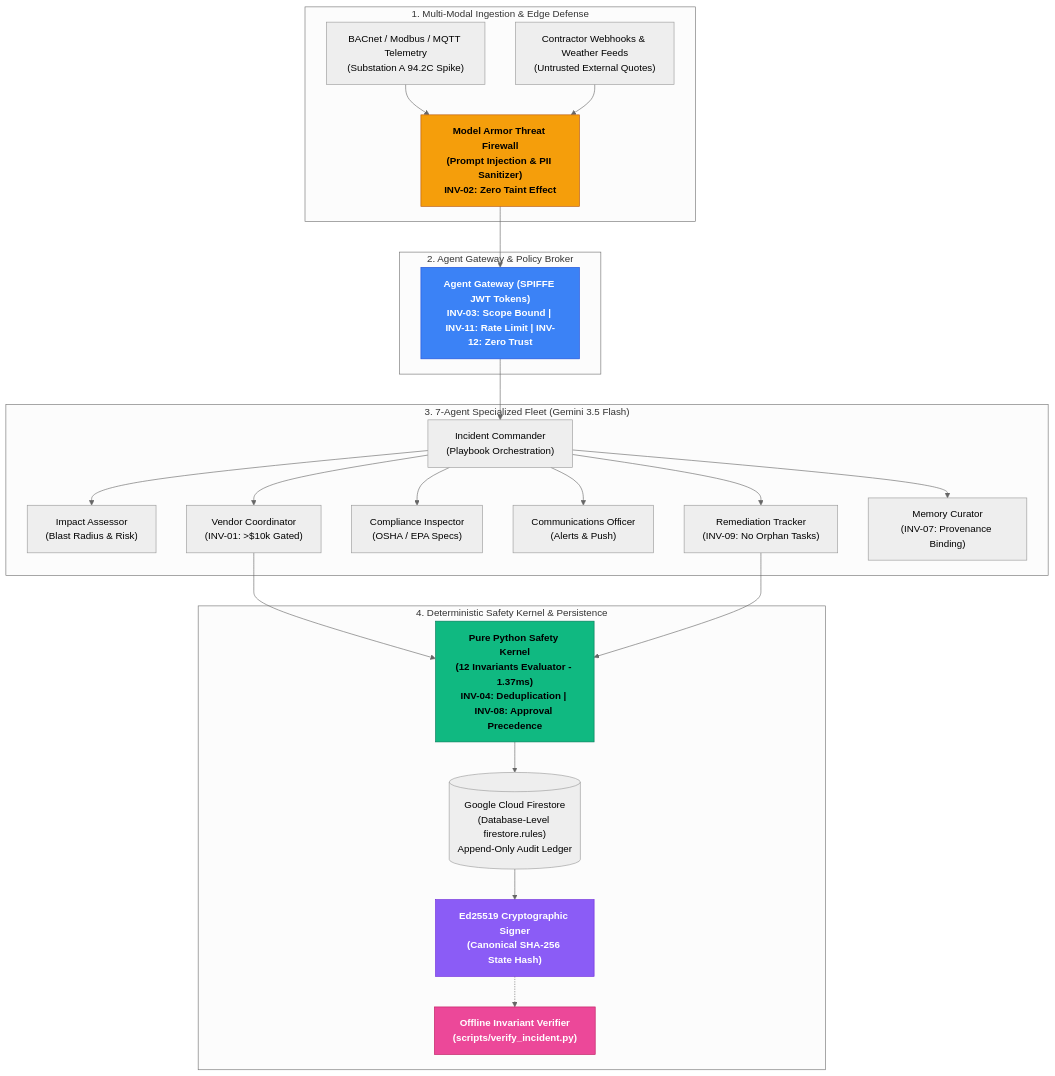
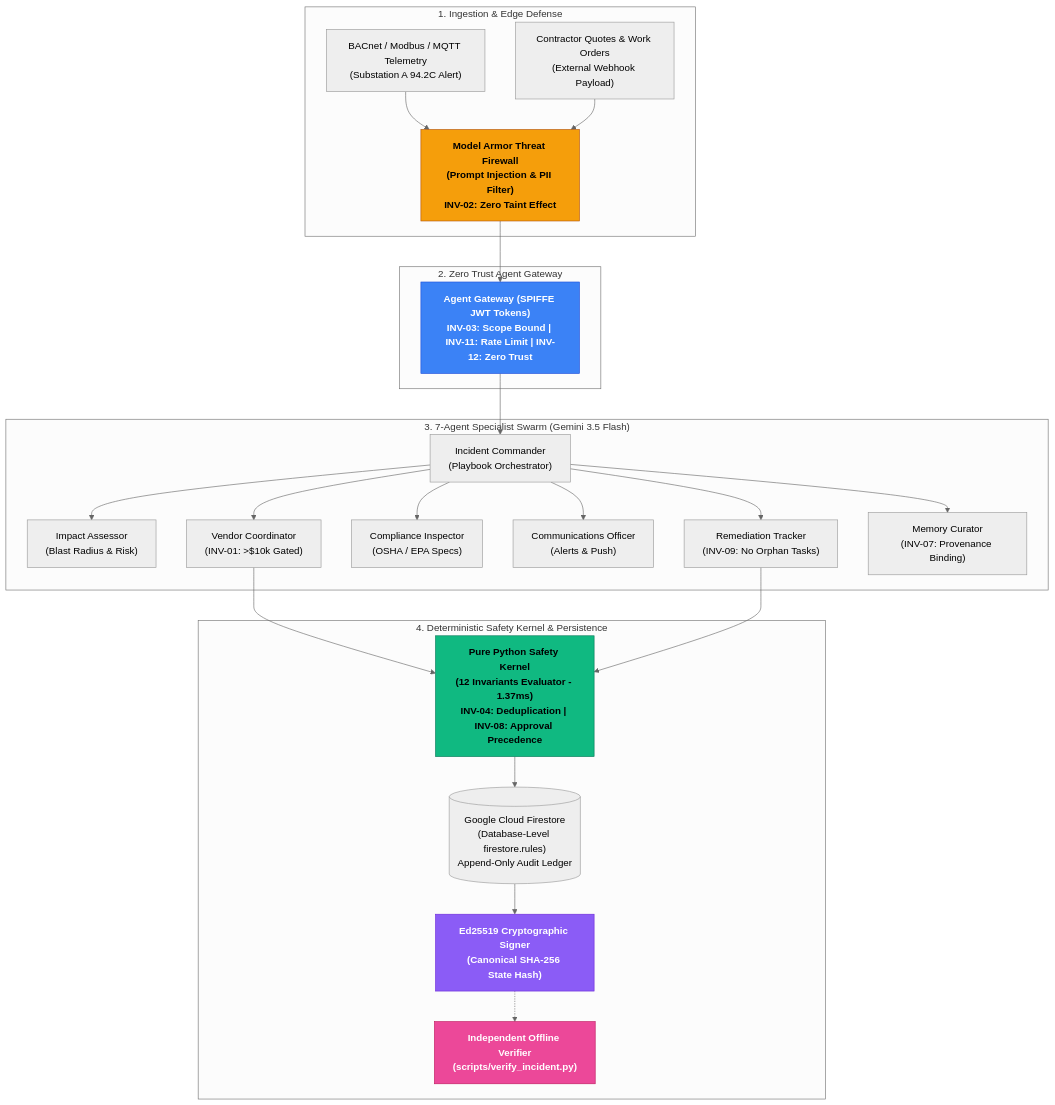
One commit to 0xkinno/archon changed the first of 2 diagrams in README.md. Above: the diagram before and after it, drawn with Mermaid (neutral theme). The commit also changed other lines of this file, not shown here.

Commit message:
docs: differentiate README architecture with original headings, problem & solution sections, and live Vercel endpoint

````diff
--- a/README.md
+++ b/README.md
@@ -96,52 +133,52 @@
 ```mermaid
 flowchart TB
-  subgraph Ingestion["1. Multi-Modal Ingestion & Edge Defense"]
-    IOT["BACnet / Modbus / MQTT Telemetry\n(Substation A 94.2C Spike)"]
-    EXT["Contractor Webhooks & Weather Feeds\n(Untrusted External Quotes)"]
-    ARMOR["Model Armor Threat Firewall\n(Prompt Injection & PII Sanitizer)\nINV-02: Zero Taint Effect"]
+  subgraph Ingestion["1. Ingestion & Edge Defense"]
+    IOT["BACnet / Modbus / MQTT Telemetry\n(Substation A 94.2C Alert)"]
+    EXT["Contractor Quotes & Work Orders\n(External Webhook Payload)"]
+    ARMOR["Model Armor Threat Firewall\n(Prompt Injection & PII Filter)\nINV-02: Zero Taint Effect"]
     IOT --> ARMOR
     EXT --> ARMOR
   end
 
-  subgraph GatewayLayer["2. Agent Gateway & Policy Broker"]
+  subgraph GatewayLayer["2. Zero Trust Agent Gateway"]
     GW["Agent Gateway (SPIFFE JWT Tokens)\nINV-03: Scope Bound | INV-11: Rate Limit | INV-12: Zero Trust"]
     ARMOR --> GW
   end
 
-  subgraph SwarmFleet["3. 7-Agent Specialized Fleet (Gemini 3.5 Flash)"]
-    CMD["Incident Commander\n(Playbook Orchestration)"]
+  subgraph SwarmFleet["3. 7-Agent Specialist Swarm (Gemini 3.5 Flash)"]
+    CMD["Incident Commander\n(Playbook Orchestrator)"]
     IMP["Impact Assessor\n(Blast Radius & Risk)"]
     VND["Vendor Coordinator\n(INV-01: >$10k Gated)"]
     CMP["Compliance Inspector\n(OSHA / EPA Specs)"]
     COM["Communications Officer\n(Alerts & Push)"]
     REM["Remediation Tracker\n(INV-09: No Orphan Tasks)"]
     MEM["Memory Curator\n(INV-07: Provenance Binding)"]
 
     GW --> CMD
     CMD --> IMP
     CMD --> VND
     CMD --> CMP
     CMD --> COM
     CMD --> REM
     CMD --> MEM
   end
 
   subgraph KernelPersistence["4. Deterministic Safety Kernel & Persistence"]
     KERNEL["Pure Python Safety Kernel\n(12 Invariants Evaluator - 1.37ms)\nINV-04: Deduplication | INV-08: Approval Precedence"]
     FIRESTORE[("Google Cloud Firestore\n(Database-Level firestore.rules)\nAppend-Only Audit Ledger")]
     SIGNER["Ed25519 Cryptographic Signer\n(Canonical SHA-256 State Hash)"]
-    VERIFIER["Offline Invariant Verifier\n(scripts/verify_incident.py)"]
+    VERIFIER["Independent Offline Verifier\n(scripts/verify_incident.py)"]
 
     VND --> KERNEL
     REM --> KERNEL
     KERNEL --> FIRESTORE
     FIRESTORE --> SIGNER
     SIGNER -.-> VERIFIER
   end
 
   style ARMOR fill:#F59E0B,stroke:#B45309,color:#000,font-weight:bold
   style GW fill:#3B82F6,stroke:#1D4ED8,color:#fff,font-weight:bold
   style KERNEL fill:#10B981,stroke:#047857,color:#000,font-weight:bold
   style SIGNER fill:#8B5CF6,stroke:#6D28D9,color:#fff,font-weight:bold
   style VERIFIER fill:#EC4899,stroke:#BE185D,color:#fff,font-weight:bold
 ```
````
